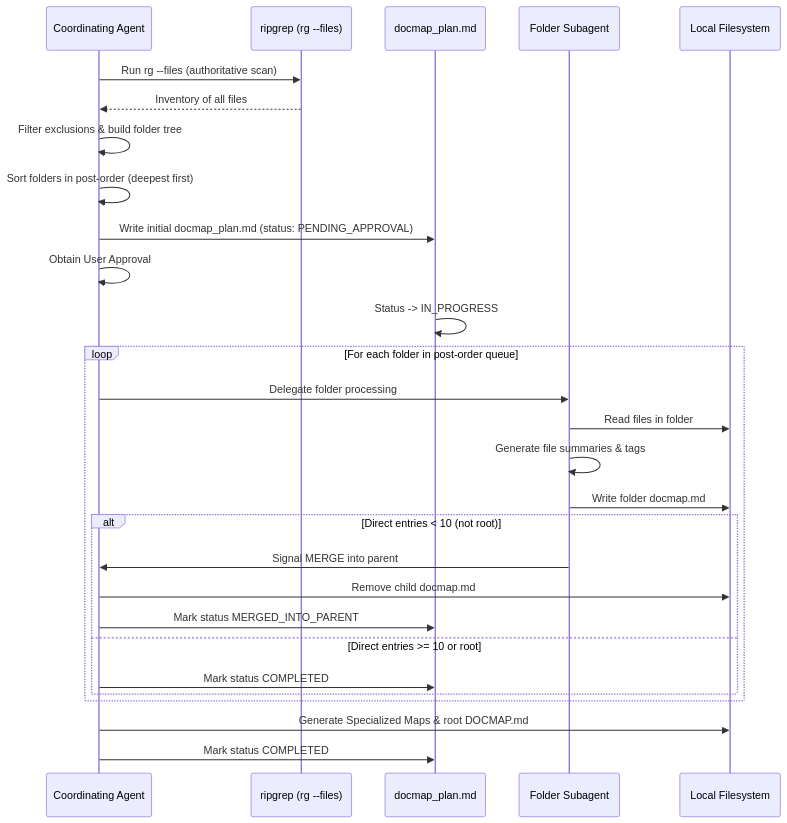
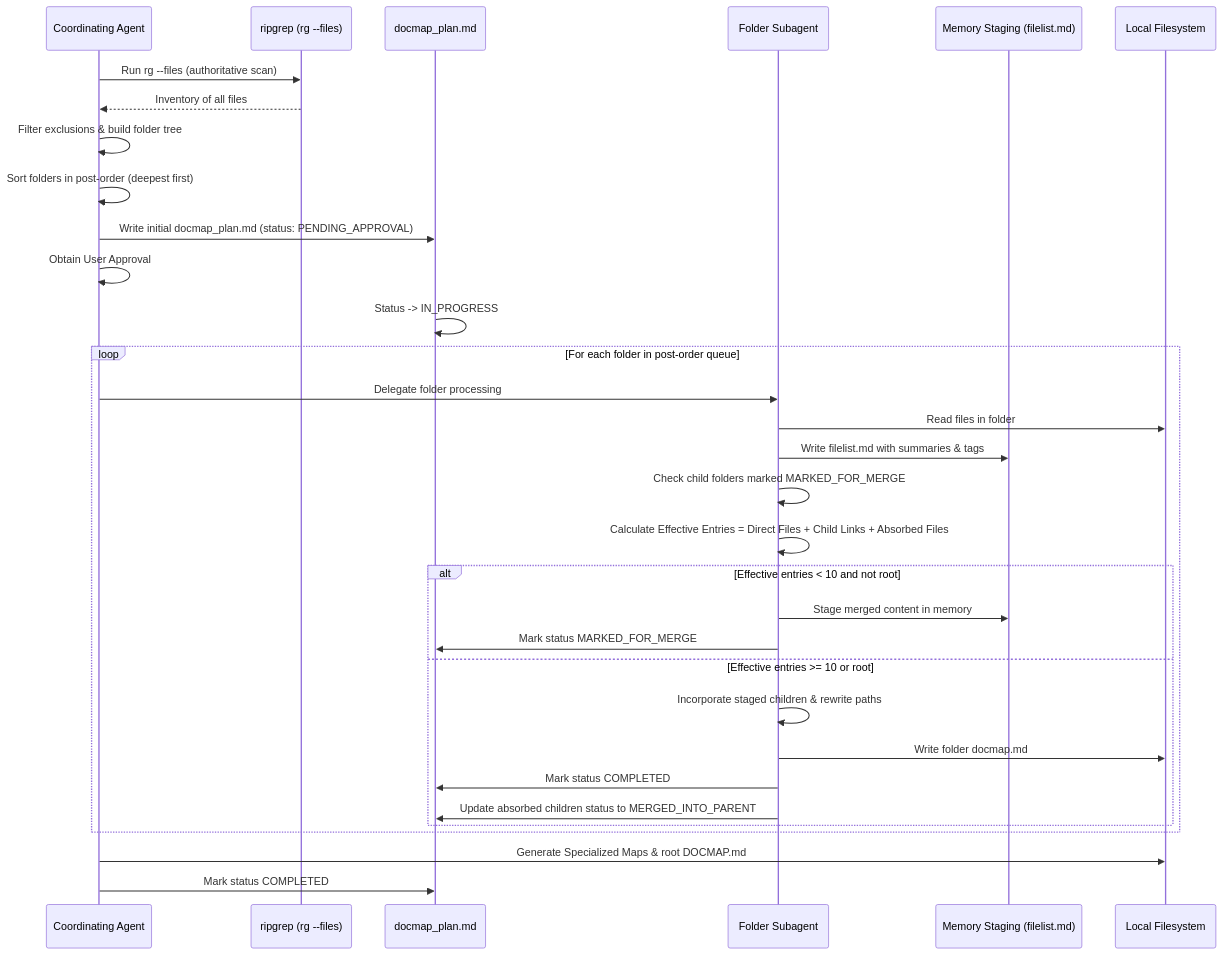
Before and after one commit to nitinbhide/tcaitoolkit: the second of 3 diagrams in docs/agentskills/repo-nav/repo-nav-design.md, drawn with Mermaid. The commit also changed other lines of this file, not shown here.

````diff
--- a/docs/agentskills/repo-nav/repo-nav-design.md
+++ b/docs/agentskills/repo-nav/repo-nav-design.md
@@ -175,33 +186,37 @@
 ```mermaid
 sequenceDiagram
     participant Agent as Coordinating Agent
     participant RG as ripgrep (rg --files)
     participant Plan as docmap_plan.md
     participant Worker as Folder Subagent
+    participant Staging as Memory Staging (filelist.md)
     participant FS as Local Filesystem
 
     Agent->>RG: Run rg --files (authoritative scan)
     RG-->>Agent: Inventory of all files
     Agent->>Agent: Filter exclusions & build folder tree
     Agent->>Agent: Sort folders in post-order (deepest first)
     Agent->>Plan: Write initial docmap_plan.md (status: PENDING_APPROVAL)
     Agent->>Agent: Obtain User Approval
     Plan->>Plan: Status -> IN_PROGRESS
     
     loop For each folder in post-order queue
         Agent->>Worker: Delegate folder processing
         Worker->>FS: Read files in folder
-        Worker->>Worker: Generate file summaries & tags
-        Worker->>FS: Write folder docmap.md
-        alt Direct entries < 10 (not root)
-            Worker->>Agent: Signal MERGE into parent
-            Agent->>FS: Remove child docmap.md
-            Agent->>Plan: Mark status MERGED_INTO_PARENT
-        else Direct entries >= 10 or root
-            Agent->>Plan: Mark status COMPLETED
+        Worker->>Staging: Write filelist.md with summaries & tags
+        Worker->>Worker: Check child folders marked MARKED_FOR_MERGE
+        Worker->>Worker: Calculate Effective Entries = Direct Files + Child Links + Absorbed Files
+        alt Effective entries < 10 and not root
+            Worker->>Staging: Stage merged content in memory
+            Worker->>Plan: Mark status MARKED_FOR_MERGE
+        else Effective entries >= 10 or root
+            Worker->>Worker: Incorporate staged children & rewrite paths
+            Worker->>FS: Write folder docmap.md
+            Worker->>Plan: Mark status COMPLETED
+            Worker->>Plan: Update absorbed children status to MERGED_INTO_PARENT
         end
     end
 
     Agent->>FS: Generate Specialized Maps & root DOCMAP.md
     Agent->>Plan: Mark status COMPLETED
 ```
````
